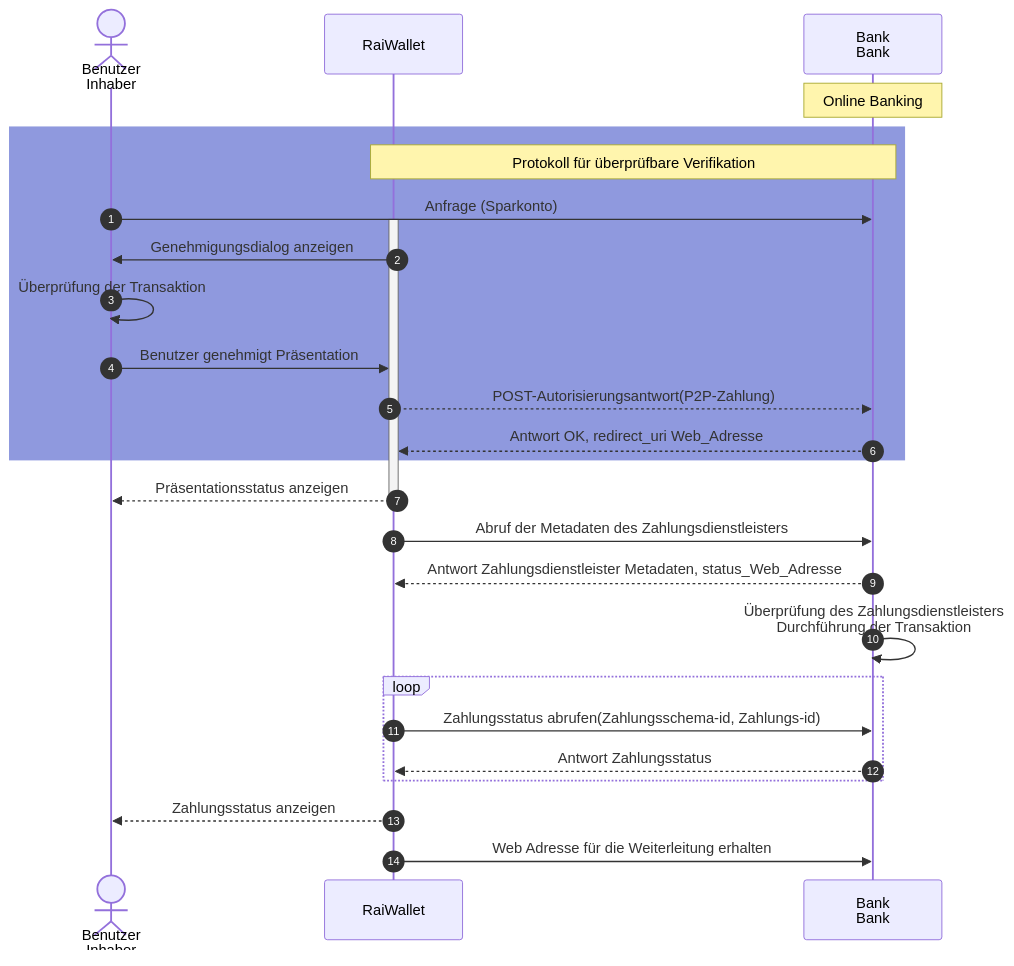
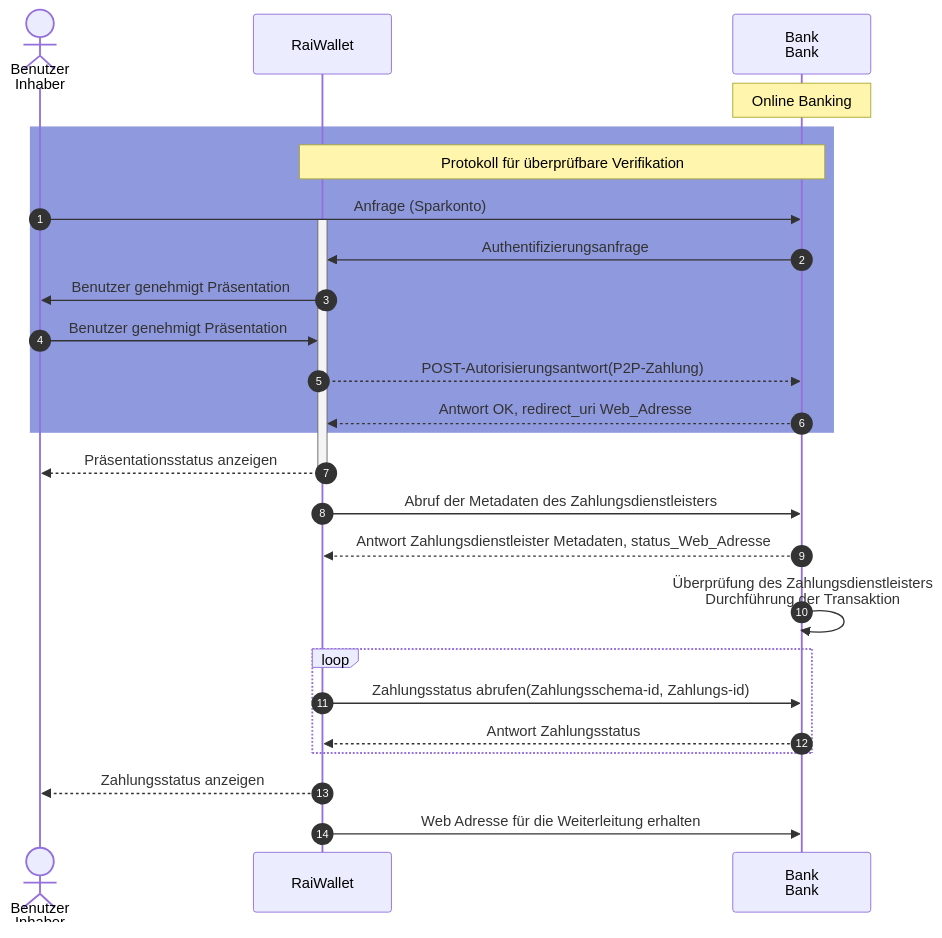
Before and after one commit to frogman/tomcat: the diagram in readme1.md, drawn with Mermaid.

````diff
--- a/readme1.md
+++ b/readme1.md
@@ -1,33 +1,33 @@
 ```mermaid
 
 sequenceDiagram
     autonumber
     actor user as Benutzer<br/>Inhaber
     participant wallet as RaiWallet 
     participant psp as Bank<br/>Bank
 
     Note over psp: Online Banking
     rect rgb(143, 153, 222)
     note over wallet, psp: Protokoll für überprüfbare Verifikation
     user ->> psp: Anfrage (Sparkonto)
     activate wallet
-    wallet ->> user: Genehmigungsdialog anzeigen
-    user ->> user: Überprüfung der Transaktion
+    psp ->> wallet: Authentifizierungsanfrage
+    wallet ->> user: Benutzer genehmigt Präsentation
     user ->> wallet: Benutzer genehmigt Präsentation
     wallet -->> psp: POST-Autorisierungsantwort(P2P-Zahlung)
     psp -->> wallet: Antwort OK, redirect_uri Web_Adresse
     end
     wallet -->> user: Präsentationsstatus anzeigen
     deactivate wallet
     wallet ->> psp: Abruf der Metadaten des Zahlungsdienstleisters
     psp -->> wallet: Antwort Zahlungsdienstleister Metadaten, status_Web_Adresse
     psp ->> psp: Überprüfung des Zahlungsdienstleisters <br/> Durchführung der Transaktion
     loop
     wallet ->> psp: Zahlungsstatus abrufen(Zahlungsschema-id, Zahlungs-id)
 
     psp -->> wallet: Antwort Zahlungsstatus 
     end
     wallet -->> user: Zahlungsstatus anzeigen
     wallet ->> psp: Web Adresse für die Weiterleitung erhalten
 
 ```
````
